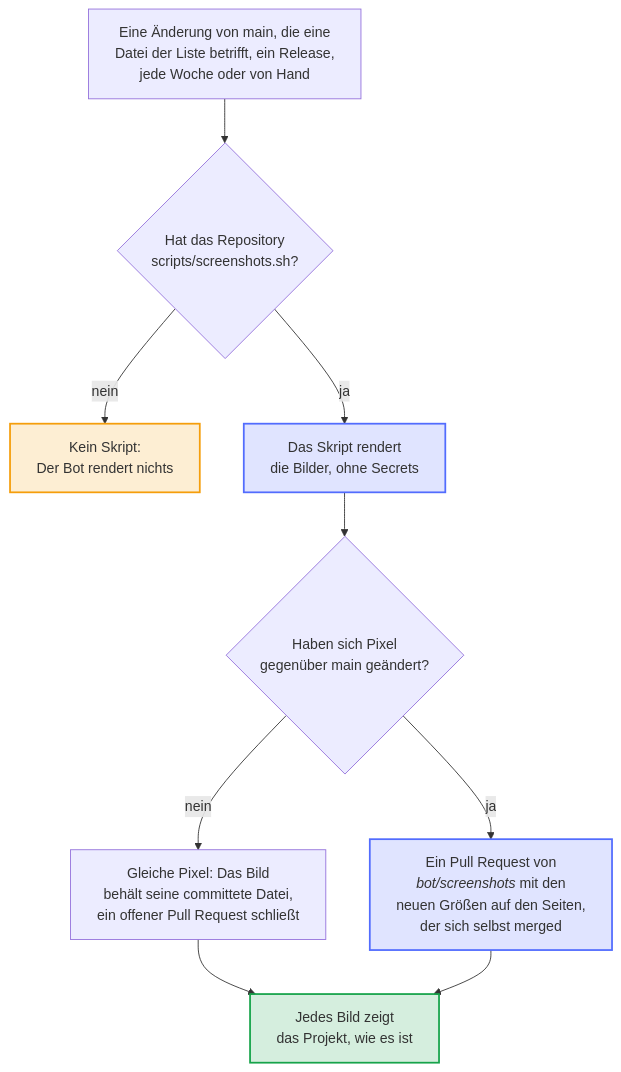
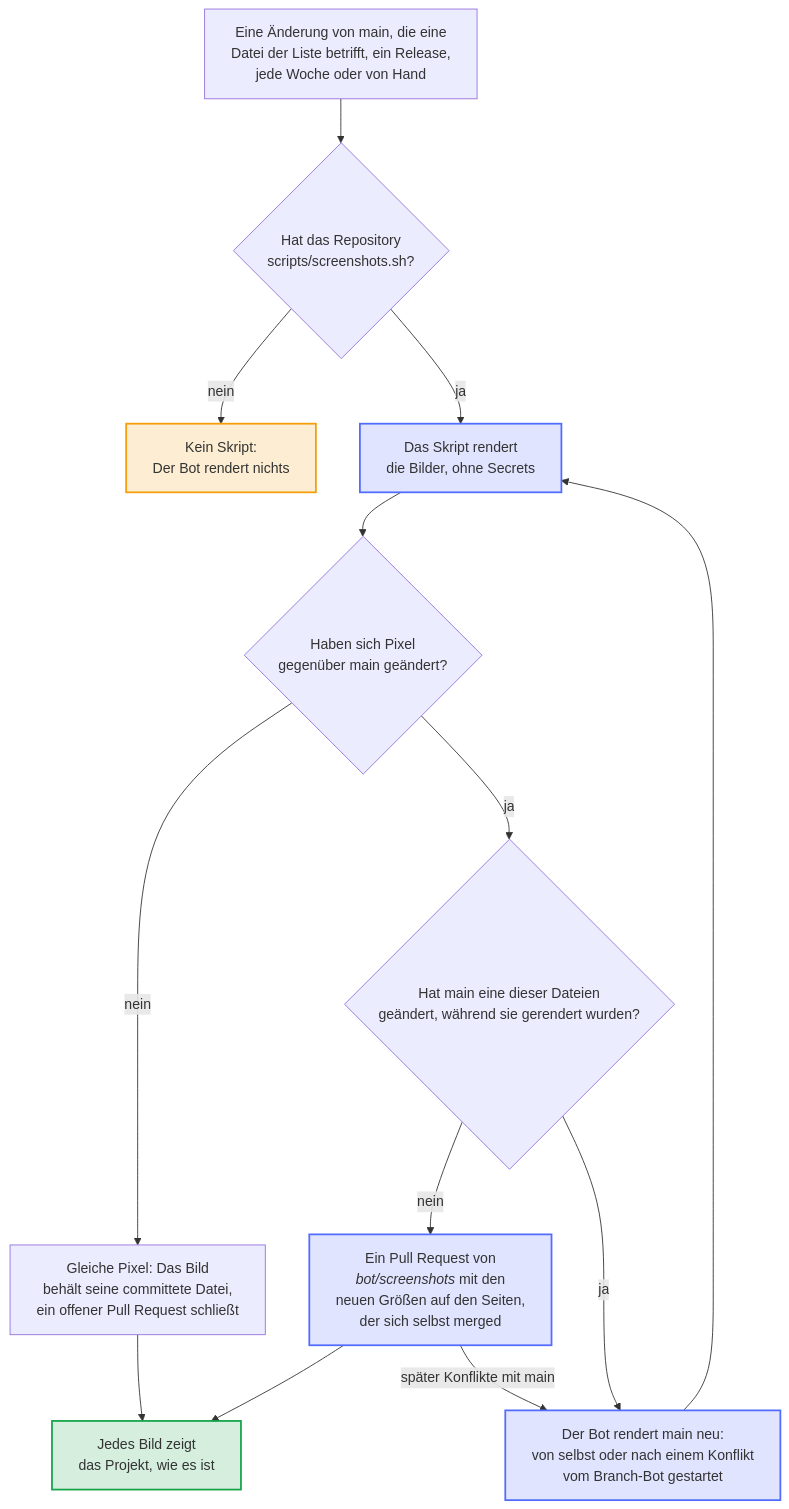
One commit to Dennis-Otto/repo-blueprint changed the diagram in docs/diagrams/how-the-screenshots-renew-themselves.de.mmd. Above: the diagram before and after it, drawn with Mermaid. The commit also changed 31 other files, not shown here.

First line of the commit message:
fix: the screenshot bot renders again when its pull request has a merge conflict (#655)

```diff
--- a/docs/diagrams/how-the-screenshots-renew-themselves.de.mmd
+++ b/docs/diagrams/how-the-screenshots-renew-themselves.de.mmd
@@ -1,30 +1,36 @@
 ---
 config:
   flowchart:
     wrappingWidth: 400
 ---
 flowchart TB
     accTitle: Wie sich die Screenshots selbst erneuern
-    accDescr: Nach einer Änderung von main, die eine Datei aus .github/screenshots-paths.txt betrifft, nach jedem Release, jede Woche und auf Wunsch sucht der Screenshot-Bot scripts/screenshots.sh; ohne das Skript rendert er nichts. Das Skript rendert die Bilder ohne Secrets, und jedes Bild, dessen Pixel gleich blieben, behält seine committete Datei. Haben sich Pixel geändert, hält ein Pull Request von bot/screenshots die neuen Bilder und die Breite und Höhe, die die Seiten für sie nennen, und merged sich selbst, sobald alle Prüfungen bestehen; sieht main aus wie gerendert, schließt der Bot ihn. So zeigt jedes Bild das Projekt, wie es ist.
+    accDescr: Nach einer Änderung von main, die eine Datei aus .github/screenshots-paths.txt betrifft, nach jedem Release, jede Woche und auf Wunsch sucht der Screenshot-Bot scripts/screenshots.sh; ohne das Skript rendert er nichts. Das Skript rendert die Bilder ohne Secrets, und jedes Bild, dessen Pixel gleich blieben, behält seine committete Datei. Haben sich Pixel geändert und hat main keine dieser Dateien geändert, während sie gerendert wurden, hält ein Pull Request von bot/screenshots die neuen Bilder und die Breite und Höhe, die die Seiten für sie nennen, und merged sich selbst, sobald alle Prüfungen bestehen; sieht main aus wie gerendert, schließt der Bot ihn. Hat main inzwischen eine davon geändert, etwa weil der Pull Request davor gemergt wurde, oder hat der Pull Request später Konflikte mit main, rendert der Bot main neu: von selbst oder vom Branch-Bot gestartet. So zeigt jedes Bild das Projekt, wie es ist.
 
     event["`Eine Änderung von main, die eine<br>Datei der Liste betrifft, ein Release,<br>jede Woche oder von Hand`"]
     script{"Hat das Repository<br>scripts/screenshots.sh?"}
     off["Kein Skript:<br>Der Bot rendert nichts"]
     render["Das Skript rendert<br>die Bilder, ohne Secrets"]
     pixels{"Haben sich Pixel<br>gegenüber main geändert?"}
     same["`Gleiche Pixel: Das Bild<br>behält seine committete Datei,<br>ein offener Pull Request schließt`"]
     pr["`Ein Pull Request von<br>*bot/screenshots* mit den<br>neuen Größen auf den Seiten,<br>der sich selbst merged`"]
+    moved{"Hat main eine dieser Dateien<br>geändert, während sie gerendert wurden?"}
+    again["`Der Bot rendert main neu:<br>von selbst oder nach einem Konflikt<br>vom Branch-Bot gestartet`"]
     done["Jedes Bild zeigt<br>das Projekt, wie es ist"]
 
     event --> script
     script -- "nein" --> off
     script -- "ja" --> render --> pixels
     pixels -- "nein" --> same --> done
-    pixels -- "ja" --> pr --> done
+    pixels -- "ja" --> moved
+    moved -- "nein" --> pr --> done
+    moved -- "ja" --> again
+    pr -- "später Konflikte mit main" --> again
+    again --> render
 
     classDef bot fill:#526cfe2e,stroke:#526cfe,stroke-width:2px
     classDef person fill:#f59e0b2e,stroke:#f59e0b,stroke-width:2px
     classDef done fill:#16a34a2e,stroke:#16a34a,stroke-width:2px
-    class render,pr bot
+    class render,pr,again bot
     class off person
     class done done
```
